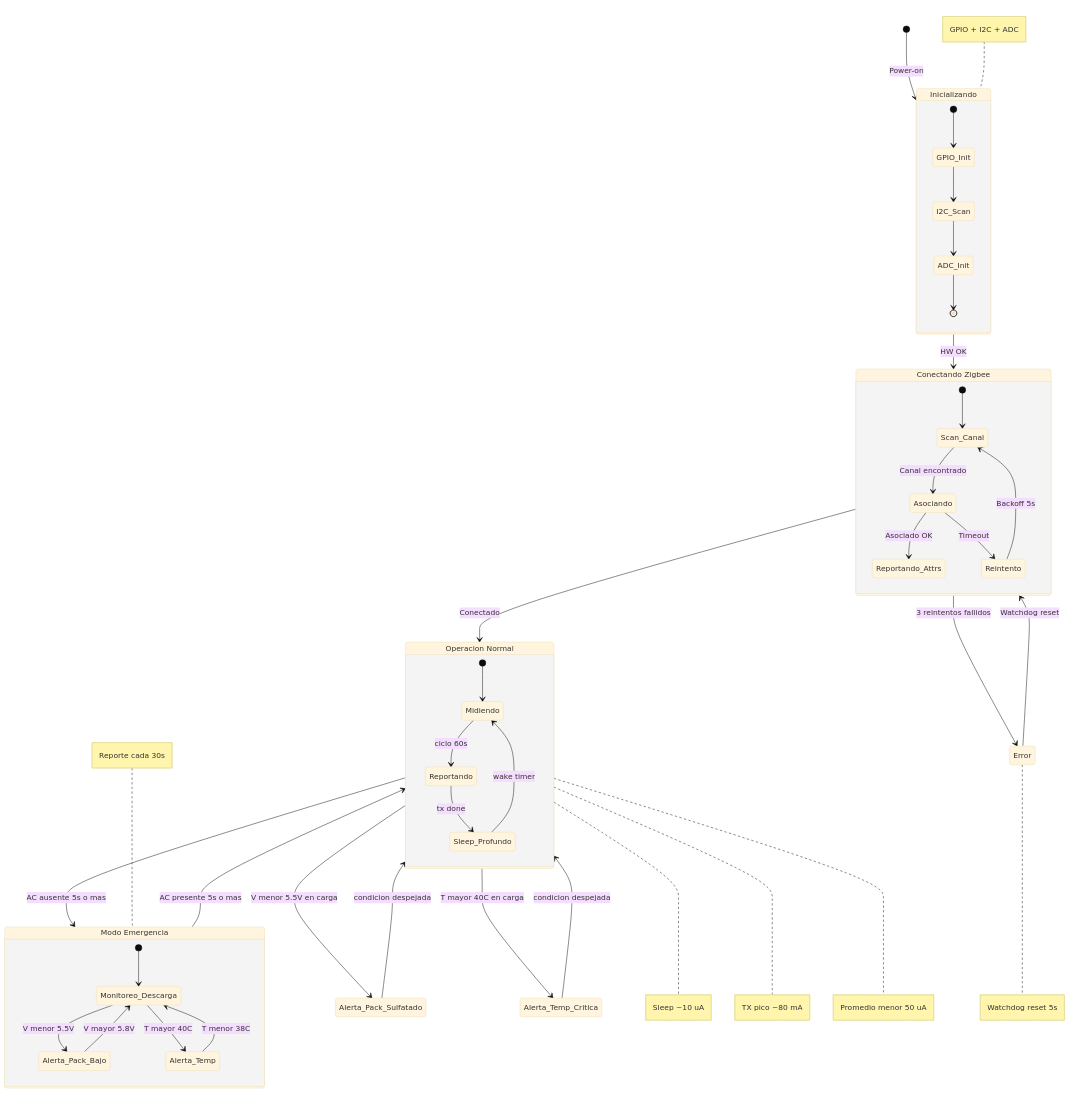
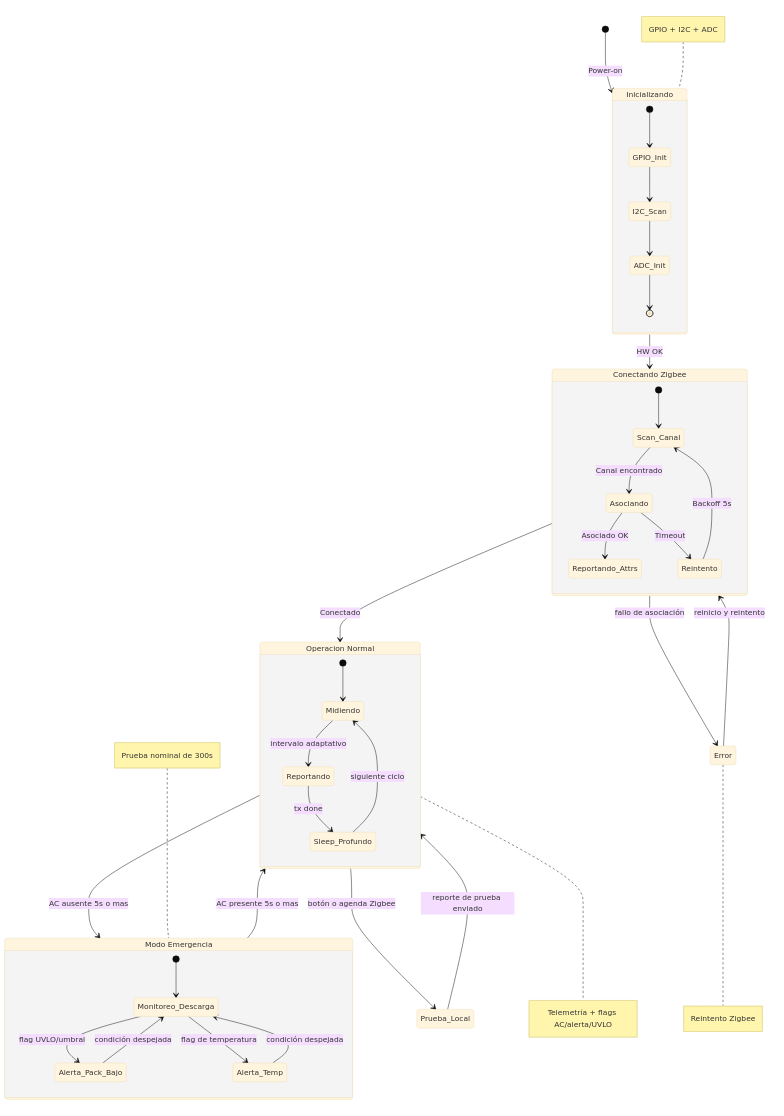
Before and after one commit to picli3/firefly: the third of 4 diagrams in 2026-08-11-plan-luces-emergencia-obsidian.md, drawn with Mermaid (base theme). The commit also changed other lines of this file, not shown here.

````diff
--- a/2026-08-11-plan-luces-emergencia-obsidian.md
+++ b/2026-08-11-plan-luces-emergencia-obsidian.md
@@ -182,60 +190,55 @@
 ```mermaid
 stateDiagram-v2
     direction TB
     
     [*] --> Inicializando: Power-on
     
     state Inicializando {
         [*] --> GPIO_Init
         GPIO_Init --> I2C_Scan
         I2C_Scan --> ADC_Init
         ADC_Init --> [*]
     }
     
     Inicializando --> Conectando_Zigbee: HW OK
     
     state "Conectando Zigbee" as Conectando_Zigbee {
         [*] --> Scan_Canal
         Scan_Canal --> Asociando: Canal encontrado
         Asociando --> Reportando_Attrs: Asociado OK
         Asociando --> Reintento: Timeout
         Reintento --> Scan_Canal: Backoff 5s
     }
     
     Conectando_Zigbee --> Standby: Conectado
-    Conectando_Zigbee --> Error: 3 reintentos fallidos
+    Conectando_Zigbee --> Error: fallo de asociación
     
     state "Operacion Normal" as Standby {
         [*] --> Midiendo
-        Midiendo --> Reportando: ciclo 60s
+        Midiendo --> Reportando: intervalo adaptativo
         Reportando --> Sleep_Profundo: tx done
-        Sleep_Profundo --> Midiendo: wake timer
+        Sleep_Profundo --> Midiendo: siguiente ciclo
     }
     
     Standby --> Modo_Emergencia: AC ausente 5s o mas
     
     state "Modo Emergencia" as Modo_Emergencia {
         [*] --> Monitoreo_Descarga
-        Monitoreo_Descarga --> Alerta_Pack_Bajo: V menor 5.5V
-        Monitoreo_Descarga --> Alerta_Temp: T mayor 40C
-        Alerta_Pack_Bajo --> Monitoreo_Descarga: V mayor 5.8V
-        Alerta_Temp --> Monitoreo_Descarga: T menor 38C
+        Monitoreo_Descarga --> Alerta_Pack_Bajo: flag UVLO/umbral
+        Monitoreo_Descarga --> Alerta_Temp: flag de temperatura
+        Alerta_Pack_Bajo --> Monitoreo_Descarga: condición despejada
+        Alerta_Temp --> Monitoreo_Descarga: condición despejada
     }
     
     Modo_Emergencia --> Standby: AC presente 5s o mas
     
-    Standby --> Alerta_Pack_Sulfatado: V menor 5.5V en carga
-    Standby --> Alerta_Temp_Critica: T mayor 40C en carga
+    Standby --> Prueba_Local: botón o agenda Zigbee
+    Prueba_Local --> Standby: reporte de prueba enviado
     
-    Alerta_Pack_Sulfatado --> Standby: condicion despejada
-    Alerta_Temp_Critica --> Standby: condicion despejada
+    Error --> Conectando_Zigbee: reinicio y reintento
     
-    Error --> Conectando_Zigbee: Watchdog reset
-    
-    note right of Standby: Sleep ~10 uA
-    note right of Standby: TX pico ~80 mA
-    note right of Standby: Promedio menor 50 uA
-    note left of Modo_Emergencia: Reporte cada 30s
+    note right of Standby: Telemetría + flags AC/alerta/UVLO
+    note left of Modo_Emergencia: Prueba nominal de 300s
     note left of Inicializando: GPIO + I2C + ADC
-    note right of Error: Watchdog reset 5s
+    note right of Error: Reintento Zigbee
 ```
````
